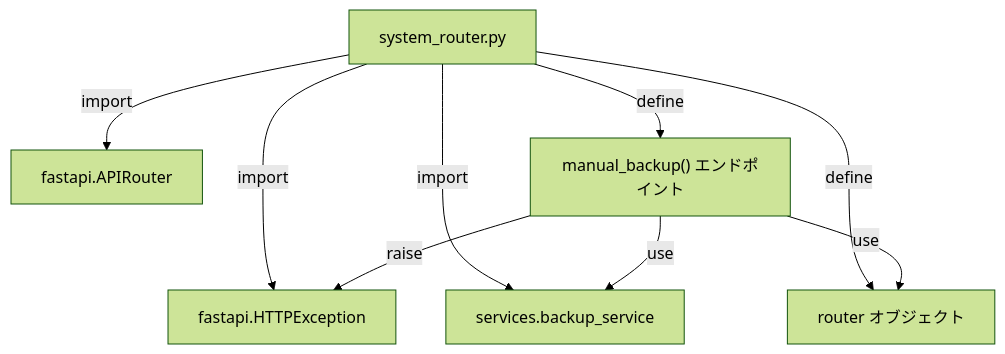
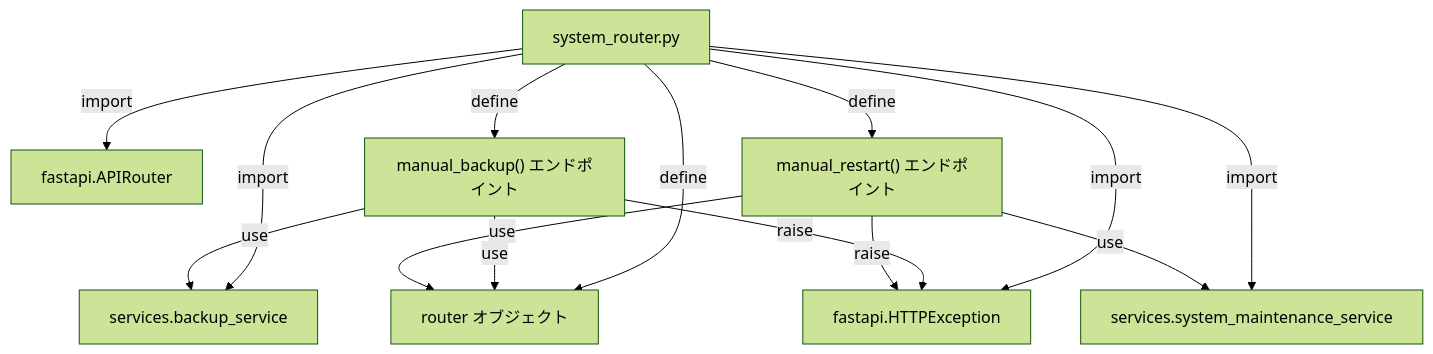
The second of 2 diagrams in docs/specifications/MY_HOME_SYSTEM/system_router.md (mmtigers/my_python_project), drawn with Mermaid (forest theme) before and after one commit. The commit also changed other lines of this file and 85 other files, not shown here.

````diff
--- a/docs/specifications/MY_HOME_SYSTEM/system_router.md
+++ b/docs/specifications/MY_HOME_SYSTEM/system_router.md
@@ -93,14 +128,19 @@
 ```mermaid
 graph TD
     File_SystemRouter["system_router.py"] --> |import| APIRouter["fastapi.APIRouter"]
     File_SystemRouter --> |import| HTTPException["fastapi.HTTPException"]
     File_SystemRouter --> |import| backup_service["services.backup_service"]
+    File_SystemRouter --> |import| system_maintenance_service["services.system_maintenance_service"]
     
     File_SystemRouter --> |define| router["router オブジェクト"]
     File_SystemRouter --> |define| manual_backup["manual_backup() エンドポイント"]
+    File_SystemRouter --> |define| manual_restart["manual_restart() エンドポイント"]
     
     manual_backup --> |use| router
     manual_backup --> |use| backup_service
     manual_backup --> |raise| HTTPException
+    manual_restart --> |use| router
+    manual_restart --> |use| system_maintenance_service
+    manual_restart --> |raise| HTTPException
 
 ```
````
